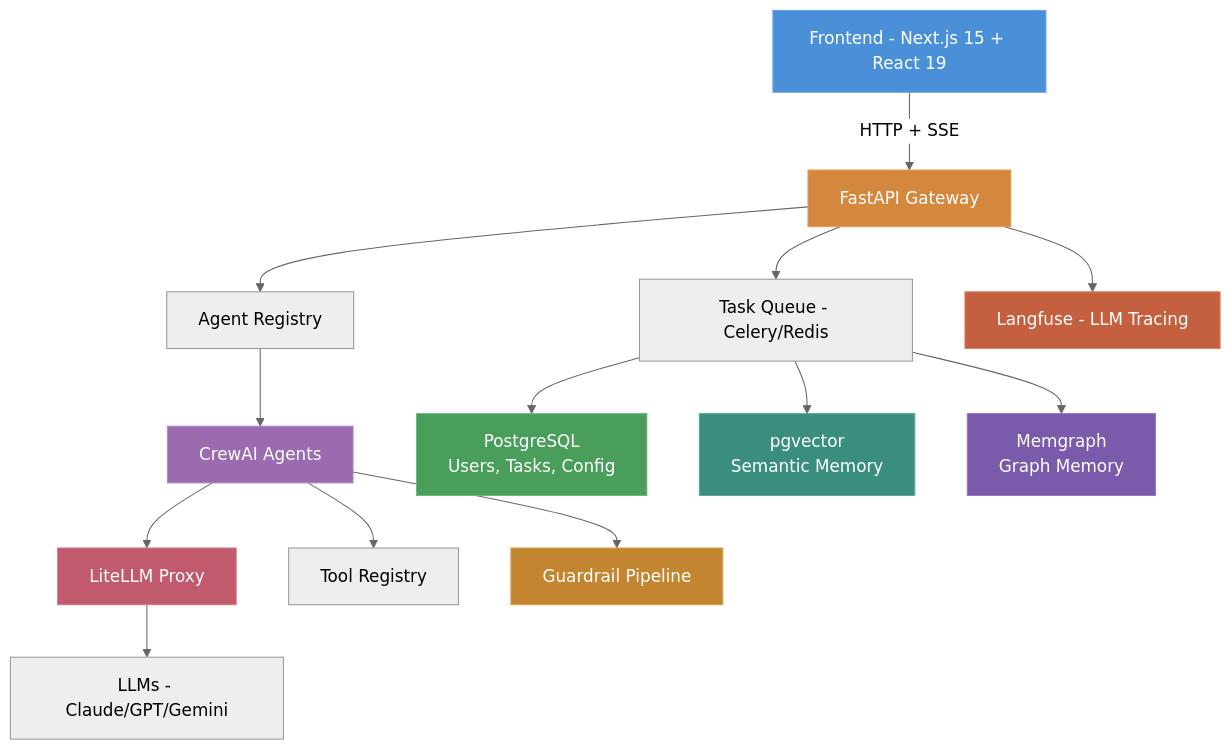
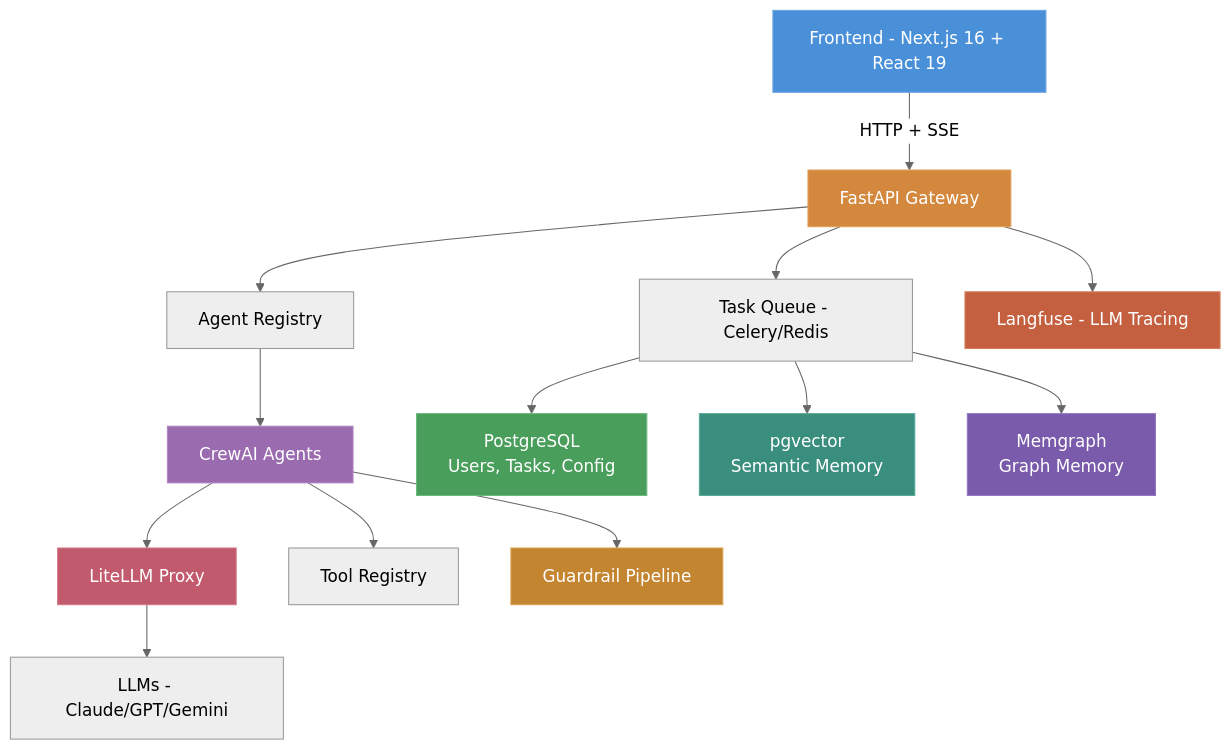
Before and after one commit to phucsystem/agent-foundry: the first of 7 diagrams in docs/system-architecture.md, drawn with Mermaid. The commit also changed other lines of this file and 11 other files, not shown here.

````diff
--- a/docs/system-architecture.md
+++ b/docs/system-architecture.md
@@ -11,27 +11,27 @@
 ```mermaid
 %%{init: {'theme': 'neutral'}}%%
 graph TD
-    FE["Frontend - Next.js 15 + React 19"]
+    FE["Frontend - Next.js 16 + React 19"]
     FE -->|HTTP + SSE| API["FastAPI Gateway"]
     API --> AReg["Agent Registry"]
     API --> TQ["Task Queue - Celery/Redis"]
     AReg --> CAG["CrewAI Agents"]
     CAG --> LLMP["LiteLLM Proxy"]
     LLMP --> LLMs["LLMs - Claude/GPT/Gemini"]
     CAG --> TR["Tool Registry"]
     CAG --> GP["Guardrail Pipeline"]
     API --> LF["Langfuse - LLM Tracing"]
     TQ --> PG["PostgreSQL<br/>Users, Tasks, Config"]
     TQ --> PGV["pgvector<br/>Semantic Memory"]
     TQ --> MG["Memgraph<br/>Graph Memory"]
 
     style FE fill:#4a90d9,stroke:#6ba3e0,color:#fff
     style API fill:#d4883e,stroke:#e0a060,color:#fff
     style CAG fill:#9b6bb0,stroke:#b085c2,color:#fff
     style LLMP fill:#c25a6e,stroke:#d47585,color:#fff
     style GP fill:#c48530,stroke:#d9a050,color:#fff
     style PG fill:#4a9e5c,stroke:#6db87e,color:#fff
     style PGV fill:#3a8e7e,stroke:#5aaa9a,color:#fff
     style MG fill:#7a5aaa,stroke:#9575c4,color:#fff
     style LF fill:#c46040,stroke:#d88060,color:#fff
 ```
````
